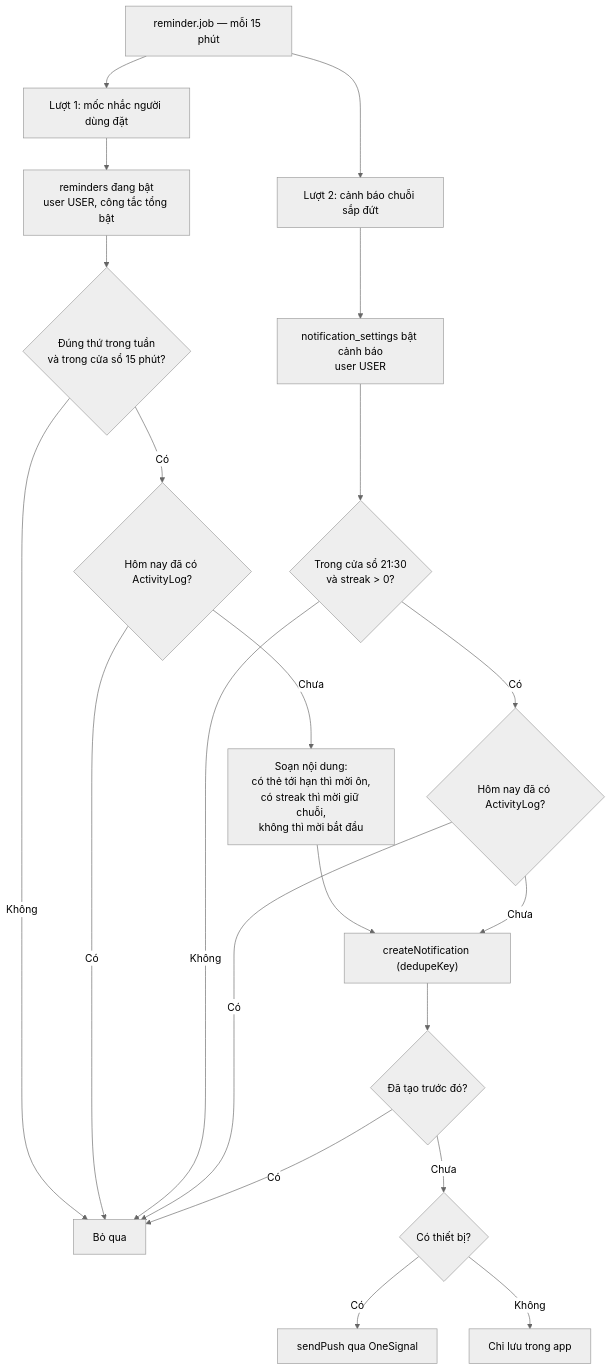
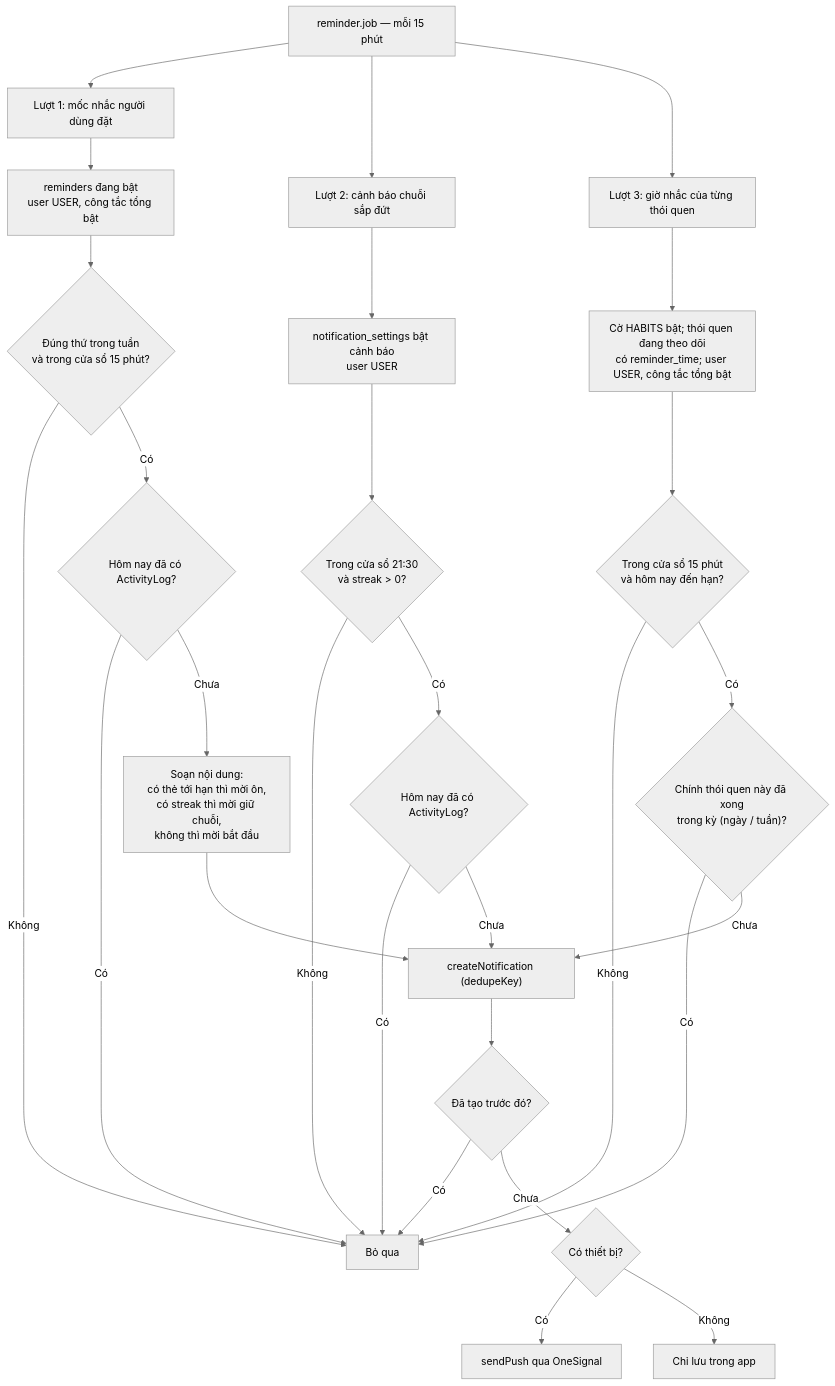
Before and after one commit to brannthichmeo-create/enghabit: diagram 20 of 22 in docs/chuc-nang-va-luong-nghiep-vu.md, drawn with Mermaid (neutral theme). The commit also changed other lines of this file and 19 other files, not shown here.

First line of the commit message:
Taillieu_Docs-LogicNghiepVu+Docs-PhanTich_CapNhatTheoCode_Thêm tài liệu logic nghiệp vụ từng module và cập nhật theo mục tiêu, thói quen, đăng nhập, nhật ký thao tác

````diff
--- a/docs/chuc-nang-va-luong-nghiep-vu.md
+++ b/docs/chuc-nang-va-luong-nghiep-vu.md
@@ -955,26 +1049,34 @@
 ```mermaid
 flowchart TD
     T["reminder.job — mỗi 15 phút"] --> P1["Lượt 1: mốc nhắc người dùng đặt"]
     T --> P2["Lượt 2: cảnh báo chuỗi sắp đứt"]
+    T --> P3["Lượt 3: giờ nhắc của từng thói quen"]
 
     P1 --> Q1["reminders đang bật<br/>user USER, công tắc tổng bật"]
     Q1 --> W1{"Đúng thứ trong tuần<br/>và trong cửa sổ 15 phút?"}
     W1 -- "Không" --> SK["Bỏ qua"]
     W1 -- "Có" --> H1{"Hôm nay đã có ActivityLog?"}
     H1 -- "Có" --> SK
     H1 -- "Chưa" --> BD["Soạn nội dung:<br/>có thẻ tới hạn thì mời ôn,<br/>có streak thì mời giữ chuỗi,<br/>không thì mời bắt đầu"]
     BD --> DL
 
     P2 --> Q2["notification_settings bật cảnh báo<br/>user USER"]
     Q2 --> W2{"Trong cửa sổ 21:30<br/>và streak > 0?"}
     W2 -- "Không" --> SK
     W2 -- "Có" --> H2{"Hôm nay đã có ActivityLog?"}
     H2 -- "Có" --> SK
     H2 -- "Chưa" --> DL
 
+    P3 --> Q3["Cờ HABITS bật; thói quen đang theo dõi<br/>có reminder_time; user USER, công tắc tổng bật"]
+    Q3 --> W3{"Trong cửa sổ 15 phút<br/>và hôm nay đến hạn?"}
+    W3 -- "Không" --> SK
+    W3 -- "Có" --> H3{"Chính thói quen này đã xong<br/>trong kỳ (ngày / tuần)?"}
+    H3 -- "Có" --> SK
+    H3 -- "Chưa" --> DL
+
     DL["createNotification (dedupeKey)"] --> DD{"Đã tạo trước đó?"}
     DD -- "Có" --> SK
     DD -- "Chưa" --> PU{"Có thiết bị?"}
     PU -- "Có" --> OS["sendPush qua OneSignal"]
     PU -- "Không" --> END1["Chỉ lưu trong app"]
 ```
````
